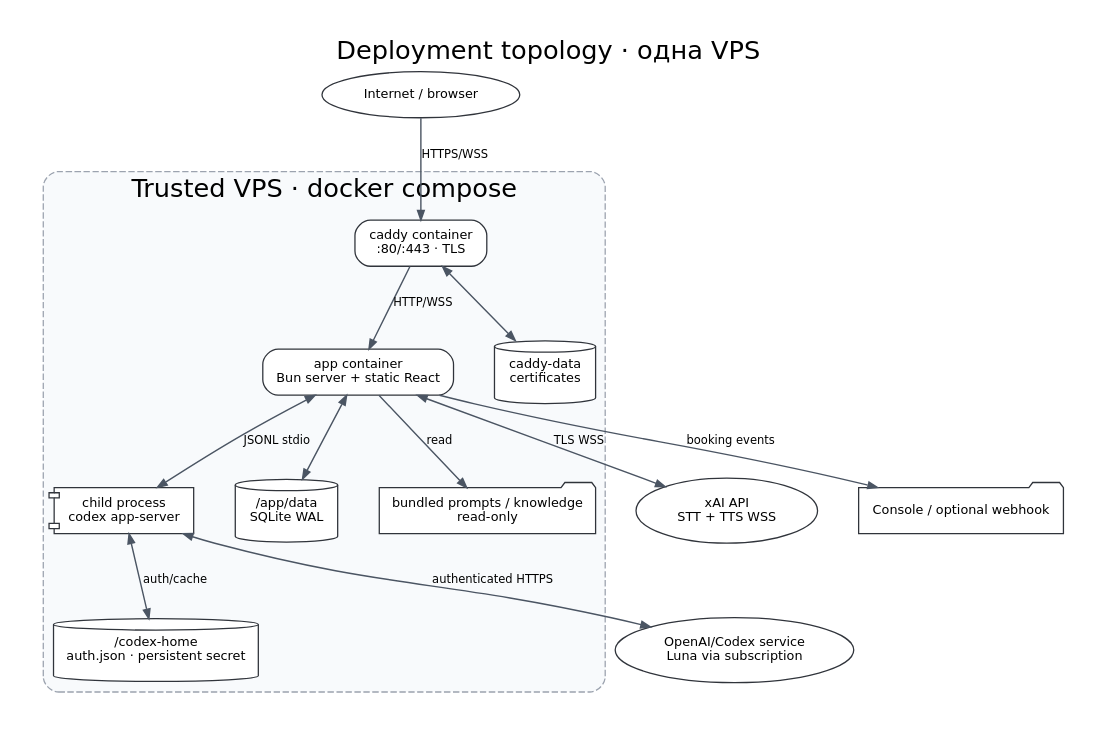
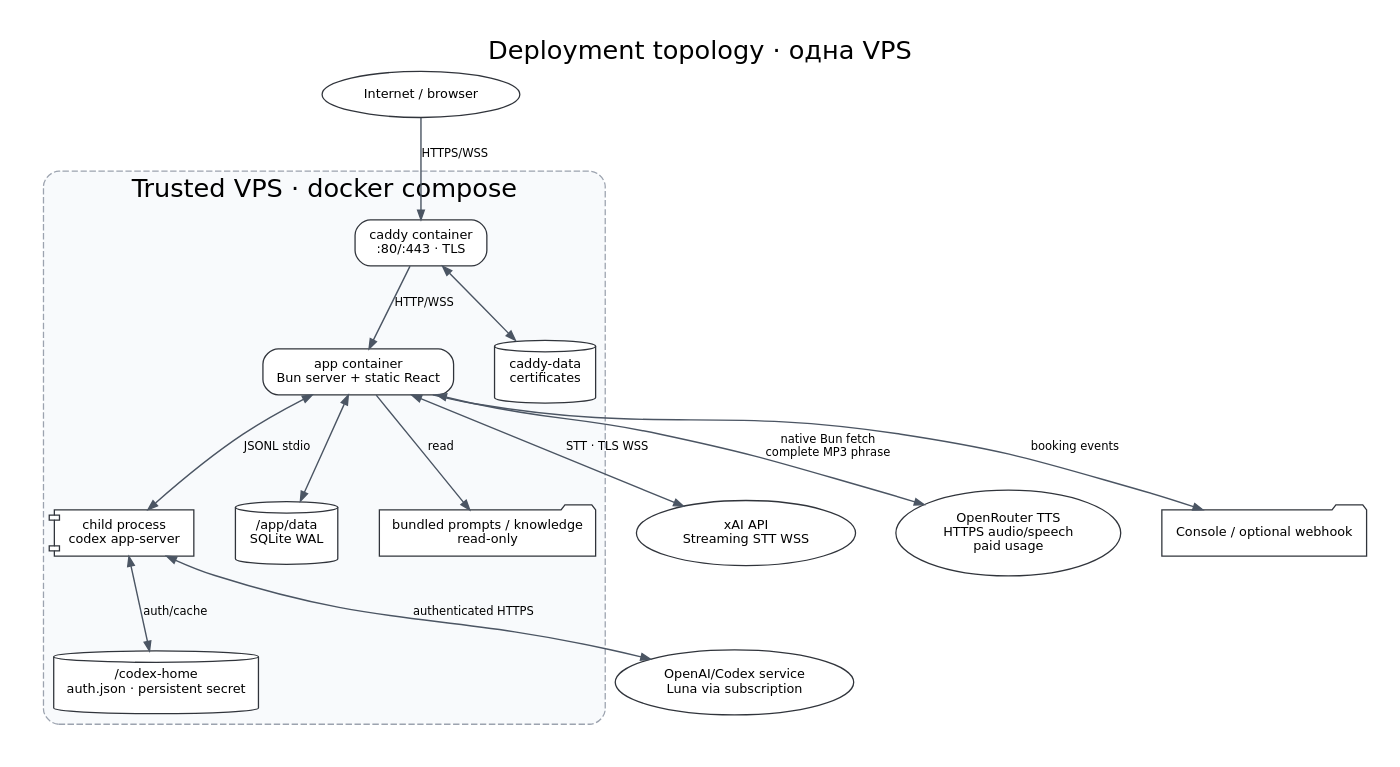
The diagram in diagrams/05-deployment.dot (blockedby/botamin-voice), drawn with Graphviz before and after one commit. The commit also changed 45 other files, not shown here.

First line of the commit message:
docs: apply Correction 003 OpenRouter TTS migration (#3)

```diff
--- a/diagrams/05-deployment.dot
+++ b/diagrams/05-deployment.dot
@@ -1,35 +1,37 @@
 digraph G {
   graph [rankdir=TB, bgcolor="white", pad="0.25", nodesep="0.45", ranksep="0.65", fontname="DejaVu Sans", label="Deployment topology · одна VPS", labelloc=t, fontsize=20];
   node [shape=box, style="rounded,filled", fillcolor="white", color="#30343b", fontname="DejaVu Sans", fontsize=10, margin="0.16,0.10"];
   edge [color="#4b5563", penwidth=1.1, arrowsize=0.75, fontname="DejaVu Sans", fontsize=9];
 
   internet [shape=ellipse, label="Internet / browser"];
 
   subgraph cluster_vps {
     label="Trusted VPS · docker compose";
     color="#9ca3af"; style="rounded,dashed,filled"; fillcolor="#f8fafc";
     caddy [label="caddy container\n:80/:443 · TLS"];
     app [label="app container\nBun server + static React"];
     codex [shape=component, label="child process\ncodex app-server"];
     sqlite [shape=cylinder, label="/app/data\nSQLite WAL"];
     prompts [shape=folder, label="bundled prompts / knowledge\nread-only"];
     codexhome [shape=cylinder, label="/codex-home\nauth.json · persistent secret"];
     caddydata [shape=cylinder, label="caddy-data\ncertificates"];
 
     caddy -> app [label="HTTP/WSS"];
     app -> codex [dir=both, label="JSONL stdio"];
     app -> sqlite [dir=both];
     app -> prompts [label="read"];
     codex -> codexhome [dir=both, label="auth/cache"];
     caddy -> caddydata [dir=both];
   }
 
-  xai [shape=ellipse, label="xAI API\nSTT + TTS WSS"];
+  xai [shape=ellipse, label="xAI API\nStreaming STT WSS"];
+  openrouter [shape=ellipse, label="OpenRouter TTS\nHTTPS audio/speech\npaid usage"];
   openai [shape=ellipse, label="OpenAI/Codex service\nLuna via subscription"];
   webhook [shape=folder, label="Console / optional webhook"];
 
   internet -> caddy [label="HTTPS/WSS"];
-  app -> xai [dir=both, label="TLS WSS"];
+  app -> xai [dir=both, label="STT · TLS WSS"];
+  app -> openrouter [dir=both, label="native Bun fetch\ncomplete MP3 phrase"];
   codex -> openai [dir=both, label="authenticated HTTPS"];
   app -> webhook [label="booking events"];
 }
```
